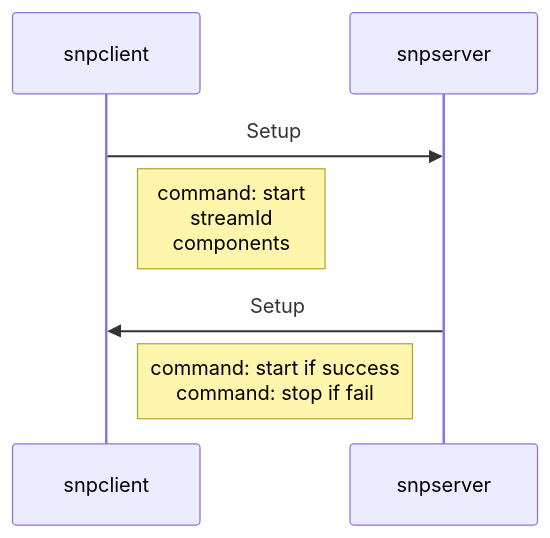
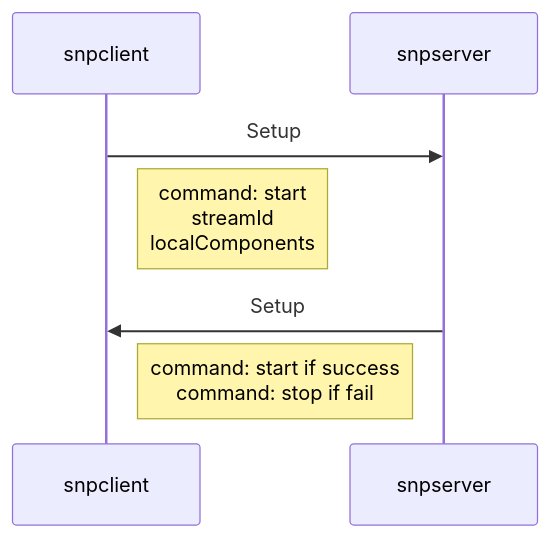
The fourth of 6 diagrams in README.md (martin19/snpserver), drawn with Mermaid before and after one commit. The commit also changed other lines of this file and 15 other files, not shown here.

````diff
--- a/README.md
+++ b/README.md
@@ -107,9 +107,9 @@
 ```mermaid
 sequenceDiagram    
     participant snpclient
     participant snpserver
     snpclient->>snpserver: Setup    
-    Note right of snpclient: command: start <br> streamId <br> components
+    Note right of snpclient: command: start <br> streamId <br> localComponents
     snpserver->>snpclient: Setup  
     Note right of snpclient: command: start if success <br> command: stop if fail  
 ```
````
